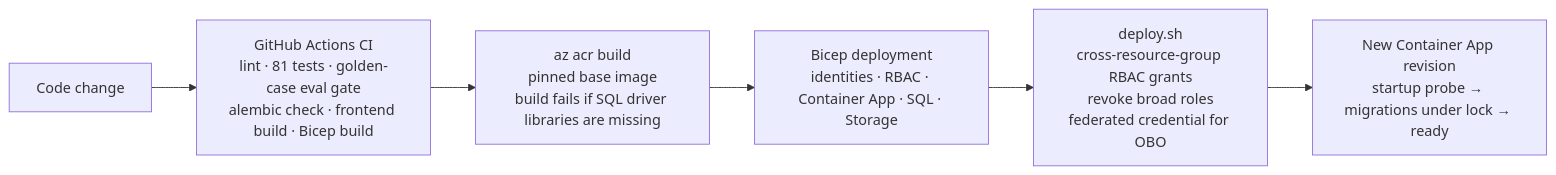
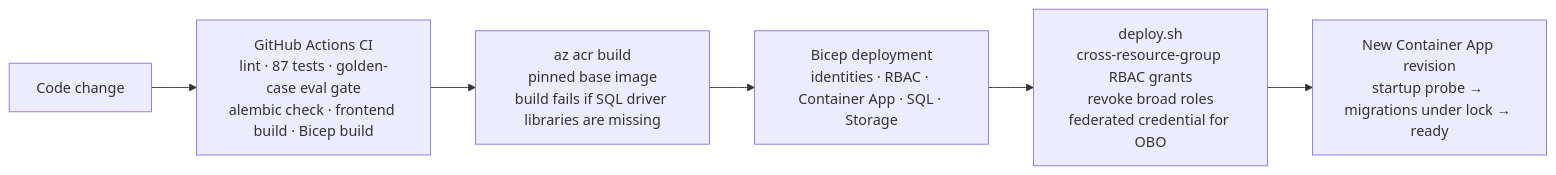
One commit to prasadregula/onboardiq changed the seventh of 7 diagrams in docs/DIAGRAMS.md. Above: the diagram before and after it, drawn with Mermaid. The commit also changed 15 other files, not shown here.

````diff
--- a/docs/DIAGRAMS.md
+++ b/docs/DIAGRAMS.md
@@ -220,8 +220,8 @@
 ```mermaid
 flowchart LR
-    dev["Code change"] --> ci["GitHub Actions CI<br/>lint · 81 tests · golden-case eval gate<br/>alembic check · frontend build · Bicep build"]
+    dev["Code change"] --> ci["GitHub Actions CI<br/>lint · 87 tests · golden-case eval gate<br/>alembic check · frontend build · Bicep build"]
     ci --> build["az acr build<br/>pinned base image<br/>build fails if SQL driver libraries are missing"]
     build --> bicep["Bicep deployment<br/>identities · RBAC · Container App · SQL · Storage"]
     bicep --> grants["deploy.sh<br/>cross-resource-group RBAC grants<br/>revoke broad roles<br/>federated credential for OBO"]
     grants --> rev["New Container App revision<br/>startup probe → migrations under lock → ready"]
 ```
````
